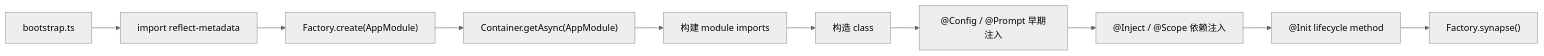
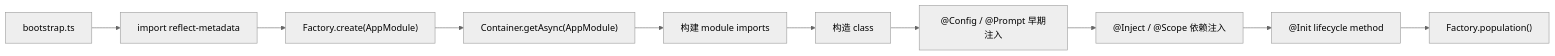
One commit to flyflor/flyflor changed the third of 4 diagrams in README.zh.cn.md. Above: the diagram before and after it, drawn with Mermaid (neutral theme). The commit also changed other lines of this file and 65 other files, not shown here.

````diff
--- a/README.zh.cn.md
+++ b/README.zh.cn.md
@@ -58,12 +77,12 @@
 ```mermaid
 flowchart LR
     A["bootstrap.ts"] --> B["import reflect-metadata"]
     B --> C["Factory.create(AppModule)"]
     C --> D["Container.getAsync(AppModule)"]
     D --> E["构建 module imports"]
     E --> F["构造 class"]
     F --> G["@Config / @Prompt 早期注入"]
     G --> H["@Inject / @Scope 依赖注入"]
     H --> I["@Init lifecycle method"]
-    I --> J["Factory.synapse()"]
+    I --> J["Factory.population()"]
 ```
````
